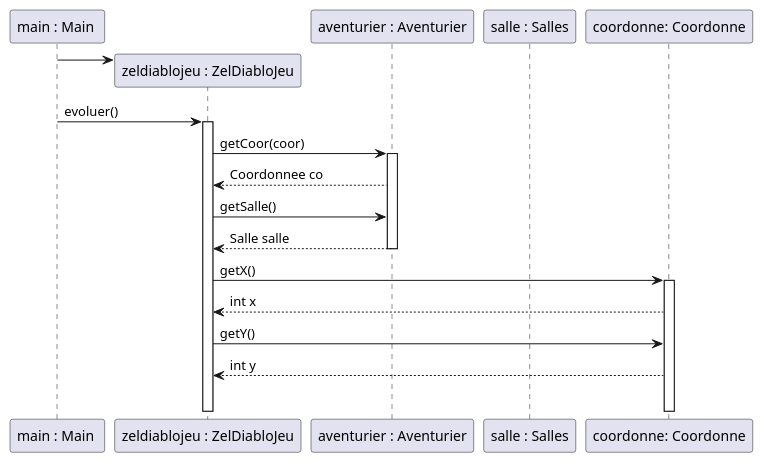
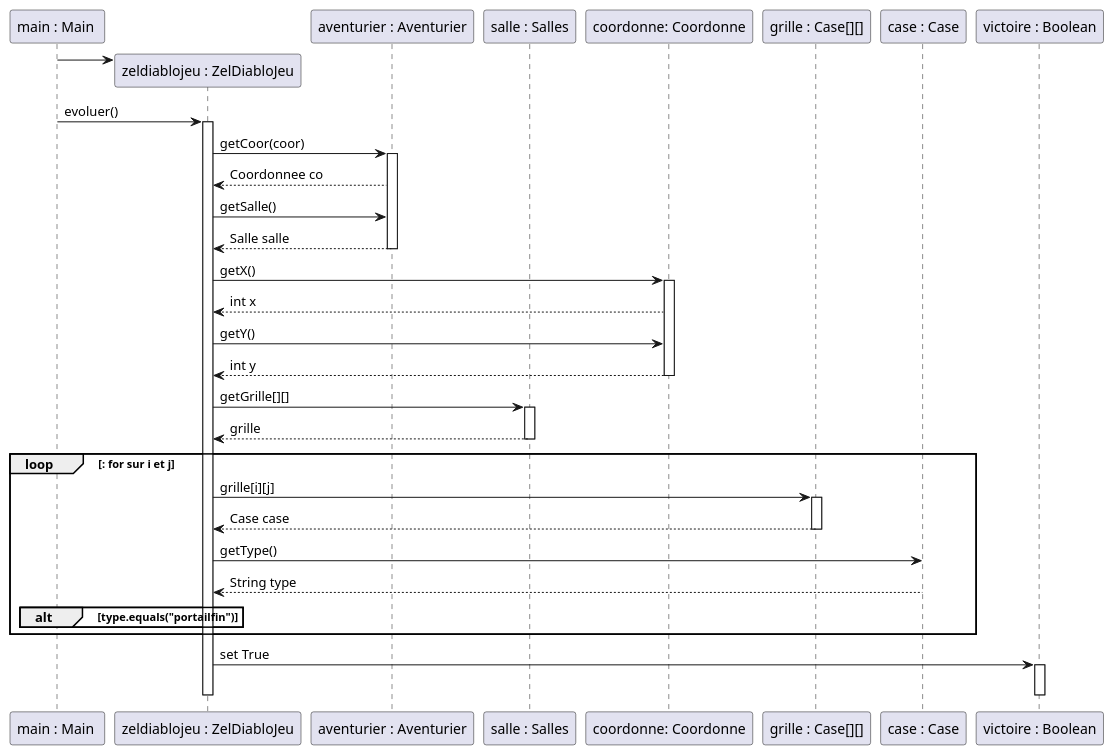
The diagram in projet_zeldiablo/sequence_fin_de_jeu.puml (GeoffroyMuller/2018_COO_Zeldiablo), drawn with PlantUML before and after one commit. The commit also changed 10 other files, not shown here.

```diff
--- a/projet_zeldiablo/sequence_fin_de_jeu.puml
+++ b/projet_zeldiablo/sequence_fin_de_jeu.puml
@@ -1,34 +1,55 @@
 @startuml
 
 Participant "main : Main " as m
 create "zeldiablojeu : ZelDiabloJeu" as j
 Participant "aventurier : Aventurier" as av
 Participant "salle : Salles" as s
 Participant "coordonne: Coordonne" as c
-Participant "case : Case " as c
+PArticipant "grille : Case[][]" as g
+Participant "case : Case" as ca
+Participant "victoire : Boolean" as v
 m->j 
 m->j : evoluer()
 activate j
 j->av : getCoor(coor)
 
 activate av
 av--> j :Coordonnee co
 j->av : getSalle()
 av-->j : Salle salle
 
 deactivate av
 
 j-> c : getX()
 activate c
 c-->j : int x
 
 j-> c : getY()
 
 c-->j : int y
 
+deactivate c
+j-> s : getGrille[][]
+activate s
+
+s-->j : grille
+
+deactivate s
 loop : for sur i et j
+j->g : grille[i][j]
+activate g
+g-->j : Case case
+deactivate g
 
+j->ca :getType()
+ca -->j  :String type
 
-
+alt type.equals("portailfin")
+end
+end
+j->v : set True
+activate v
+deactivate v
+deactivate j
 
 @enduml
```
